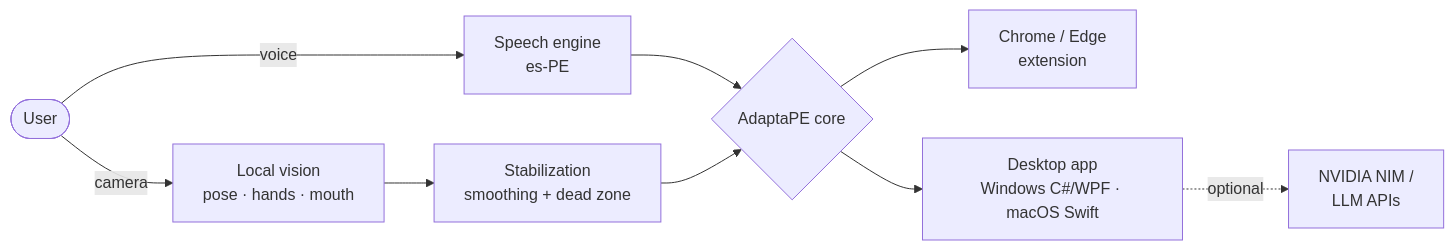
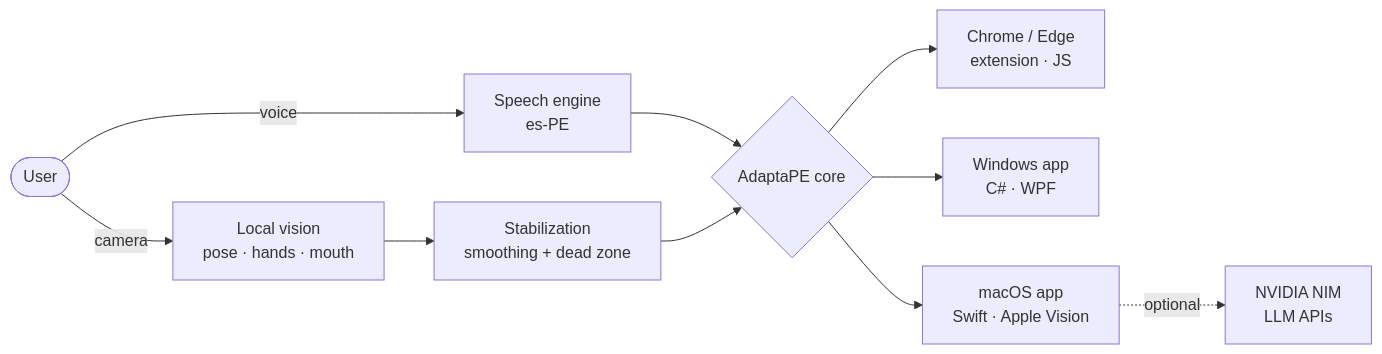
Before and after one commit to TheAlejo160/TheAlejo160: the diagram in README.md, drawn with Mermaid. The commit also changed other lines of this file and 2 other files, not shown here.

````diff
--- a/README.md
+++ b/README.md
@@ -91,10 +88,12 @@
 ```mermaid
 flowchart LR
     U([User]) -->|voice| V[Speech engine<br/>es-PE]
     U -->|camera| K[Local vision<br/>pose · hands · mouth]
+    K --> S[Stabilization<br/>smoothing + dead zone]
     V --> C{AdaptaPE core}
-    K --> S[Stabilization<br/>smoothing + dead zone] --> C
-    C --> W[Chrome / Edge<br/>extension]
-    C --> D[Desktop app<br/>Windows C#/WPF · macOS Swift]
-    D -.optional.-> AI[NVIDIA NIM /<br/>LLM APIs]
+    S --> C
+    C --> W[Chrome / Edge<br/>extension · JS]
+    C --> D1[Windows app<br/>C# · WPF]
+    C --> D2[macOS app<br/>Swift · Apple Vision]
+    D2 -.optional.-> AI[NVIDIA NIM<br/>LLM APIs]
 ```
````
